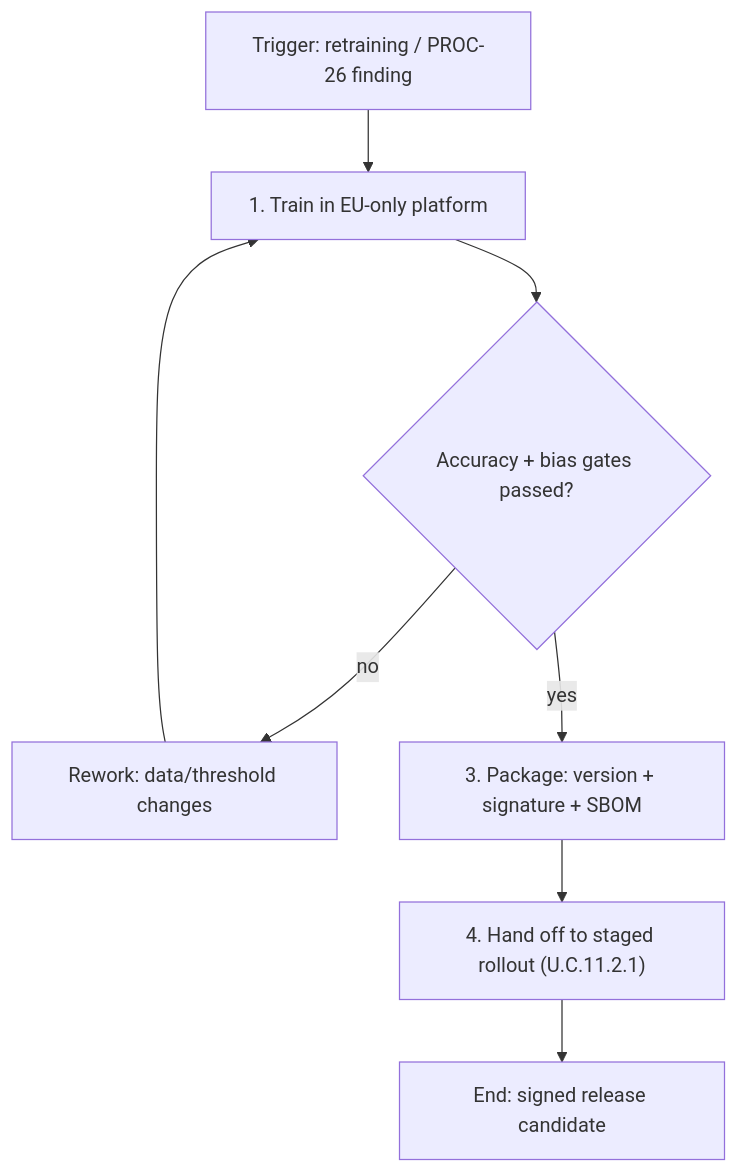
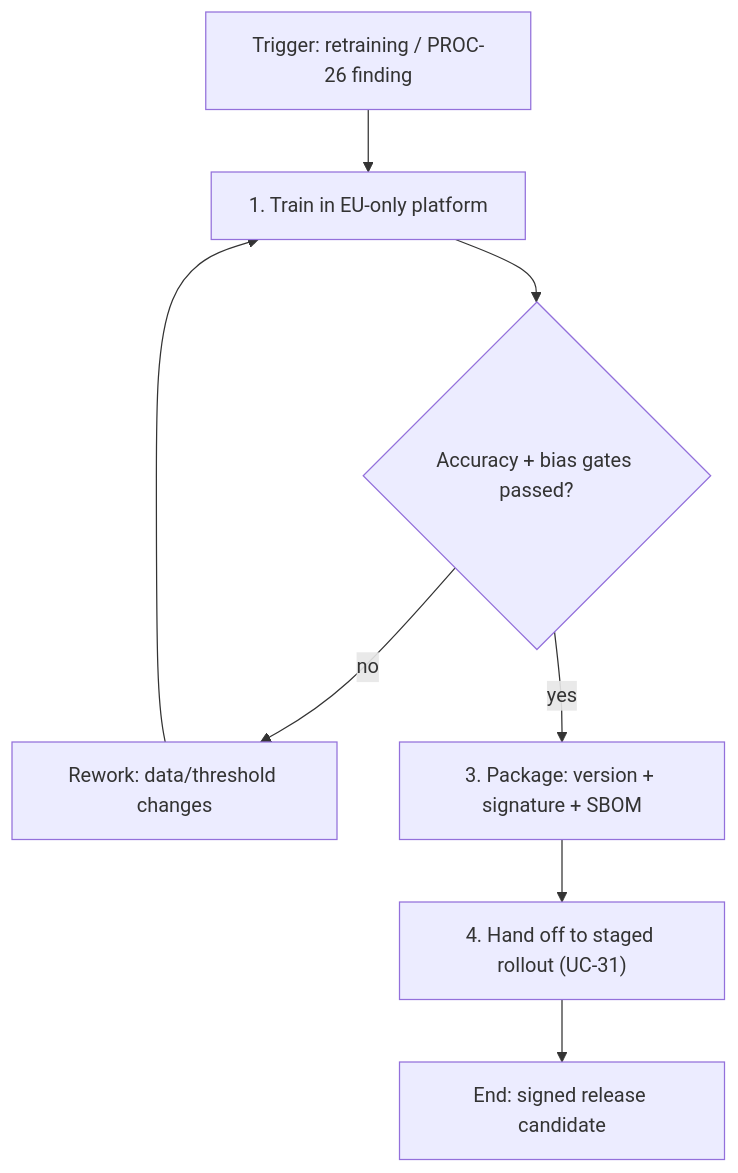
Before and after one commit to pauloribeiro16/Methodology_compact: diagram 27 of 37 in 02_CASES/Case_02_SecureBorder_Solutions/03_PHASE3_DECOMPOSITION/Doc31_Process_Capability_Cards.md, drawn with Mermaid. The commit also changed other lines of this file and 22 other files, not shown here.

Commit message:
[EXECUTOR] F3 RENUMBER Case_02: U.C.x flattened → UC-01..36 (compliance 01..15 + product 16..36), two-phase, 12 files, 6 SVGs re-rendered, xlsx regenerated; gates: pre-existing FAILs only, audit 100%, mermaid 192/192, smoke 16/16; 1 missed live ref (Doc23) re-anchored

````diff
--- a/02_CASES/Case_02_SecureBorder_Solutions/03_PHASE3_DECOMPOSITION/Doc31_Process_Capability_Cards.md
+++ b/02_CASES/Case_02_SecureBorder_Solutions/03_PHASE3_DECOMPOSITION/Doc31_Process_Capability_Cards.md
@@ -975,10 +975,10 @@
 ```mermaid
 flowchart TD
     T["Trigger: retraining / PROC-26 finding"] --> A1["1. Train in EU-only platform"]
     A1 --> D1{"Accuracy + bias gates passed?"}
     D1 -->|"no"| R1["Rework: data/threshold changes"]
     D1 -->|"yes"| A3["3. Package: version + signature + SBOM"]
     R1 --> A1
-    A3 --> A4["4. Hand off to staged rollout (U.C.11.2.1)"]
+    A3 --> A4["4. Hand off to staged rollout (UC-31)"]
     A4 --> E["End: signed release candidate"]
 ```
````
